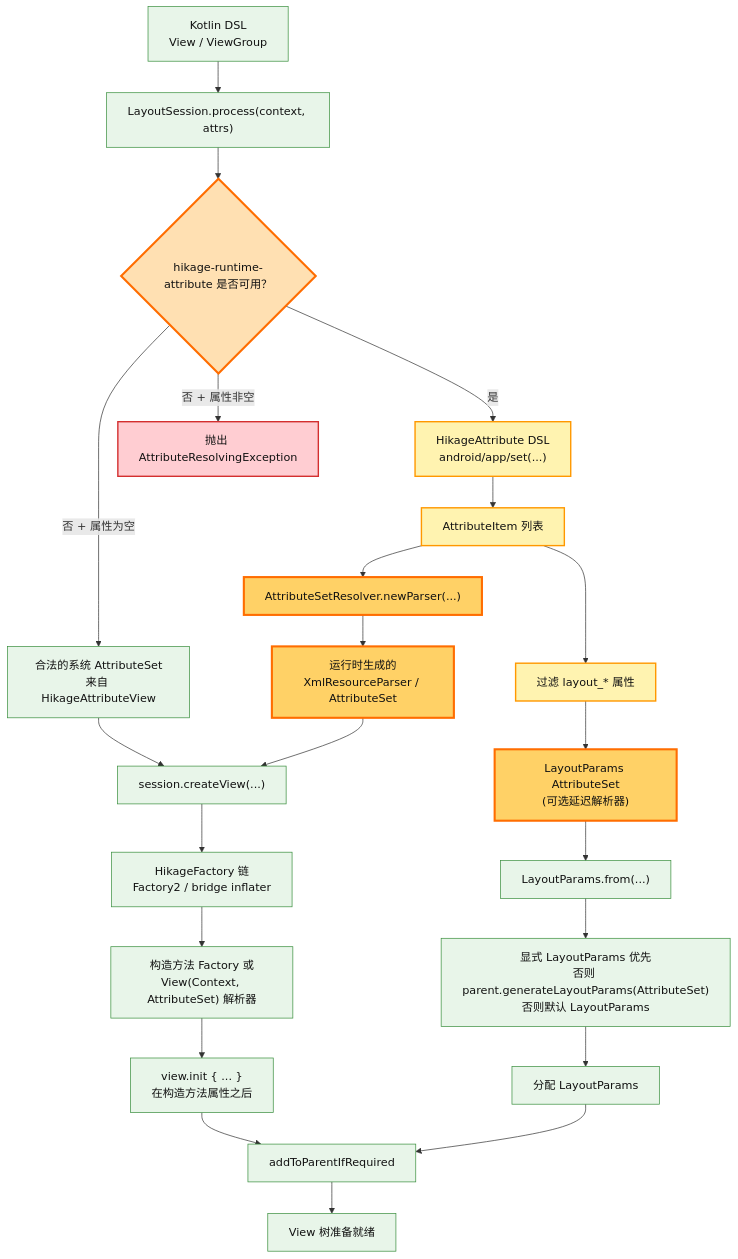
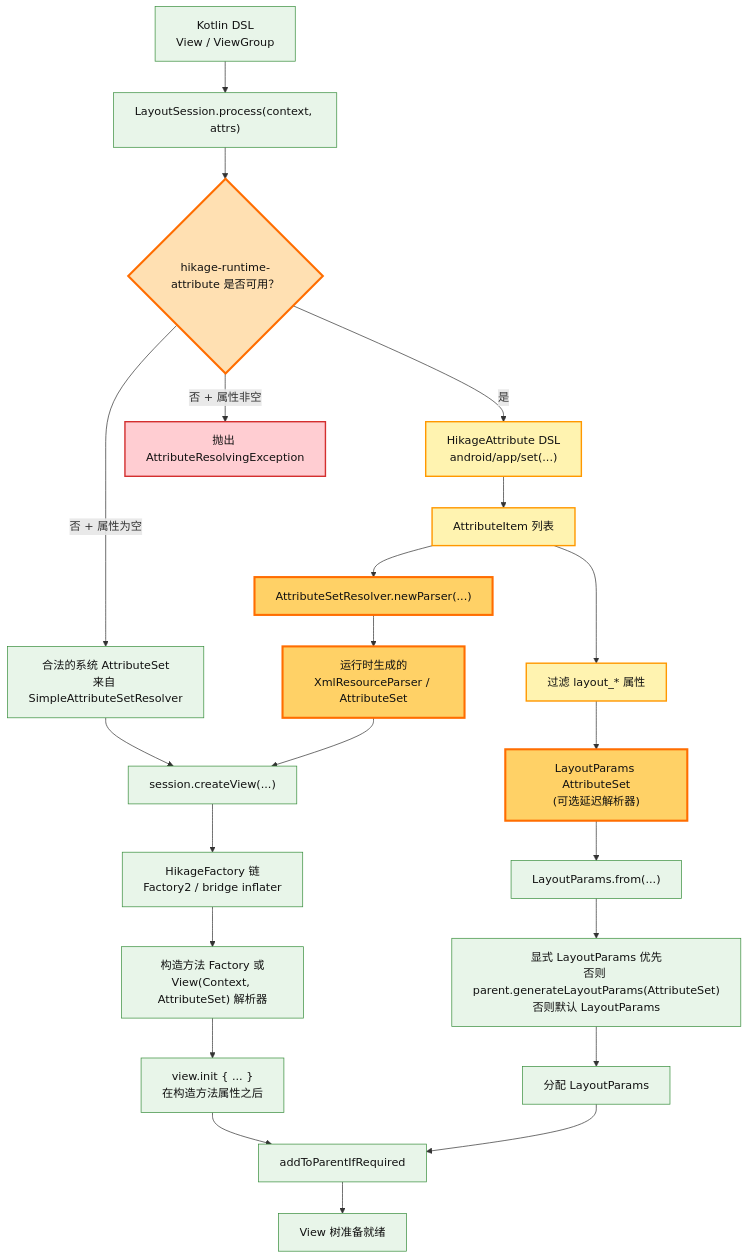
One commit to BetterAndroid/Hikage changed the second of 2 diagrams in docs-source/src/zh-cn/guide/architecture.md. Above: the diagram before and after it, drawn with Mermaid. The commit also changed 1 other file, not shown here.

Commit message:
docs: update architecture

````diff
--- a/docs-source/src/zh-cn/guide/architecture.md
+++ b/docs-source/src/zh-cn/guide/architecture.md
@@ -64,29 +64,29 @@
 ```mermaid
 %%{init: { "flowchart": { "nodeSpacing": 35, "rankSpacing": 45 } } }%%
 
 flowchart TB
   H1["Kotlin DSL\nView / ViewGroup"] --> H2["LayoutSession.process(context, attrs)"] --> H3{"hikage-runtime-attribute 是否可用？"}
 
   H3 -->|"是"| A1["HikageAttribute DSL\nandroid/app/set(...)"] --> A2["AttributeItem 列表"] --> A3["AttributeSetResolver.newParser(...)"] --> A4["运行时生成的\nXmlResourceParser / AttributeSet"]
   A2 --> A5["过滤 layout_* 属性"] --> A6["LayoutParams AttributeSet\n(可选延迟解析器)"] --> H9["LayoutParams.from(...)"] --> H10["显式 LayoutParams 优先\n否则 parent.generateLayoutParams(AttributeSet)\n否则默认 LayoutParams"]
 
-  H3 -->|"否 + 属性为空"| H4["合法的系统 AttributeSet\n来自 HikageAttributeView"] --> H6["session.createView(...)"]
+  H3 -->|"否 + 属性为空"| H4["合法的系统 AttributeSet\n来自 SimpleAttributeSetResolver"] --> H6["session.createView(...)"]
   H3 -->|"否 + 属性非空"| H5["抛出 AttributeResolvingException"]
 
   A4 --> H6
   H6 --> H7["HikageFactory 链\nFactory2 / bridge inflater"] --> H8["构造方法 Factory 或\nView(Context, AttributeSet) 解析器"] --> H11["view.init { ... }\n在构造方法属性之后"] --> H13["addToParentIfRequired"] --> H14["View 树准备就绪"]
   H10 --> H12["分配 LayoutParams"] --> H13
 
   style A1 fill:#fff3b0,stroke:#ff9800,stroke-width:2px,color:#111
   style A2 fill:#fff3b0,stroke:#ff9800,stroke-width:2px,color:#111
   style A3 fill:#ffd166,stroke:#ff6d00,stroke-width:3px,color:#111
   style A4 fill:#ffd166,stroke:#ff6d00,stroke-width:3px,color:#111
   style A5 fill:#fff3b0,stroke:#ff9800,stroke-width:2px,color:#111
   style A6 fill:#ffd166,stroke:#ff6d00,stroke-width:3px,color:#111
 
   style H3 fill:#ffe0b2,stroke:#ff6d00,stroke-width:3px,color:#111
   style H5 fill:#ffcdd2,stroke:#d32f2f,stroke-width:2px,color:#111
 
   classDef hikage fill:#e8f5e9,stroke:#388e3c,color:#111
   class H1,H2,H4,H6,H7,H8,H9,H10,H11,H12,H13,H14 hikage
 ```
````
